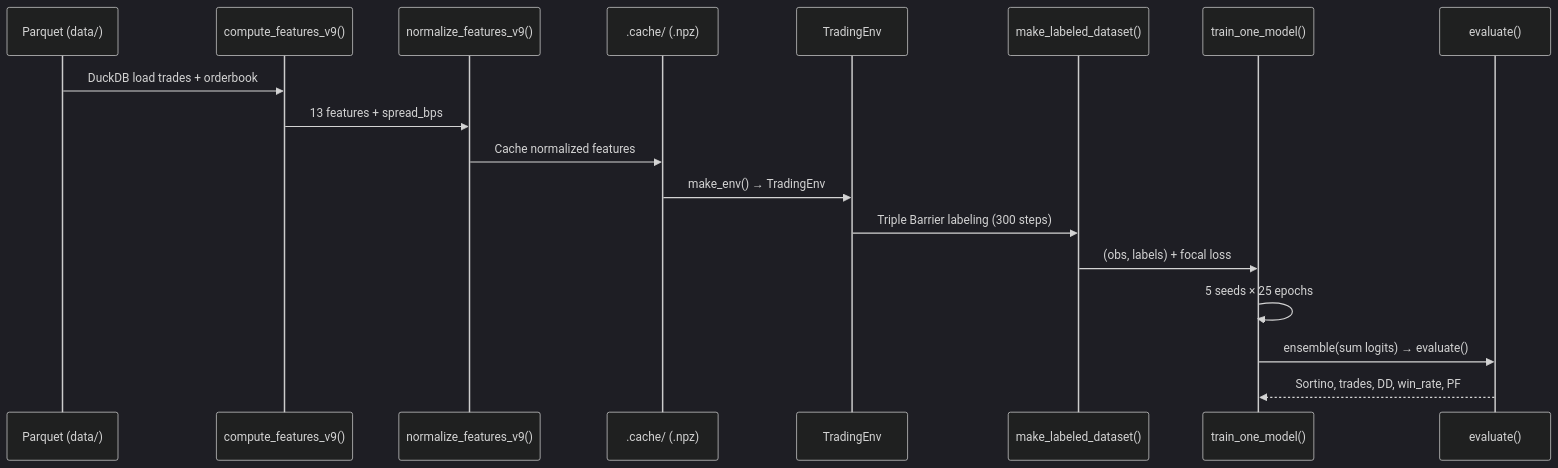
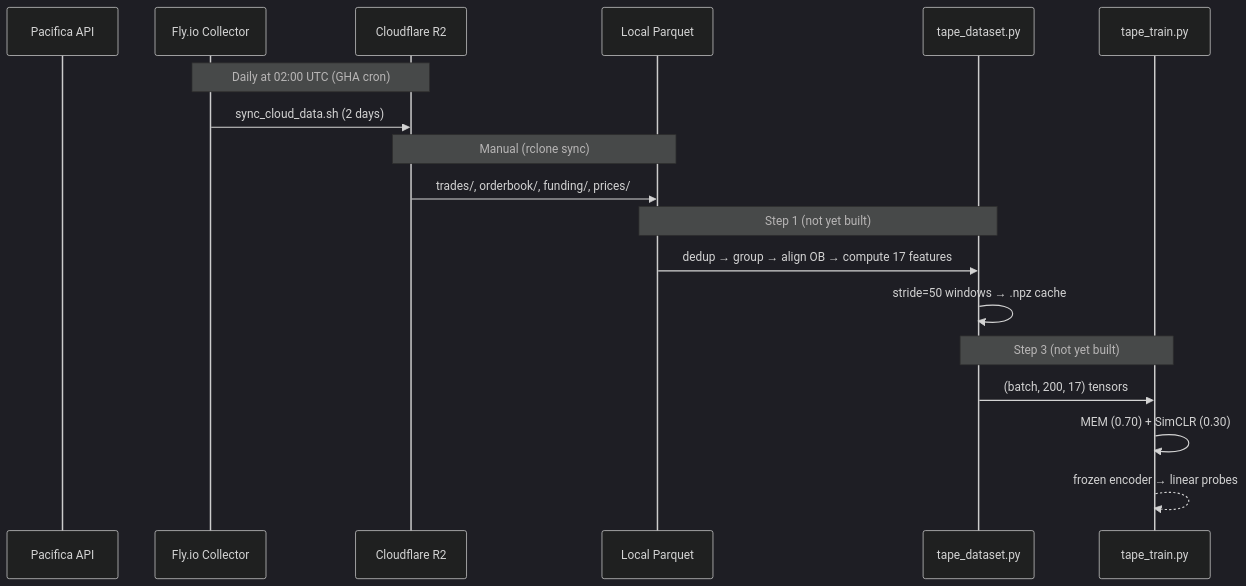
Before and after one commit to autoresearch-trading/autoresearch-trading: the second of 2 diagrams in docs/CODEBASE_MAP.md, drawn with Mermaid (dark theme). The commit also changed other lines of this file and 268 other files, not shown here.

````diff
--- a/docs/CODEBASE_MAP.md
+++ b/docs/CODEBASE_MAP.md
@@ -164,21 +197,24 @@
 ```mermaid
 sequenceDiagram
-    participant P as Parquet (data/)
-    participant F as compute_features_v9()
-    participant N as normalize_features_v9()
-    participant C as .cache/ (.npz)
-    participant E as TradingEnv
-    participant L as make_labeled_dataset()
-    participant T as train_one_model()
-    participant Ev as evaluate()
+    participant Pacifica as Pacifica API
+    participant Fly as Fly.io Collector
+    participant R2 as Cloudflare R2
+    participant Local as Local Parquet
+    participant Pipeline as tape_dataset.py
+    participant Model as tape_train.py
 
-    P->>F: DuckDB load trades + orderbook
-    F->>N: 13 features + spread_bps
-    N->>C: Cache normalized features
-    C->>E: make_env() → TradingEnv
-    E->>L: Triple Barrier labeling (300 steps)
-    L->>T: (obs, labels) + focal loss
-    T->>T: 5 seeds × 25 epochs
-    T->>Ev: ensemble(sum logits) → evaluate()
-    Ev-->>T: Sortino, trades, DD, win_rate, PF
+    Note over Fly,R2: Daily at 02:00 UTC (GHA cron)
+    Fly->>R2: sync_cloud_data.sh (2 days)
+
+    Note over R2,Local: Manual (rclone sync)
+    R2->>Local: trades/, orderbook/, funding/, prices/
+
+    Note over Local,Pipeline: Step 1 (not yet built)
+    Local->>Pipeline: dedup → group → align OB → compute 17 features
+    Pipeline->>Pipeline: stride=50 windows → .npz cache
+
+    Note over Pipeline,Model: Step 3 (not yet built)
+    Pipeline->>Model: (batch, 200, 17) tensors
+    Model->>Model: MEM (0.70) + SimCLR (0.30)
+    Model-->>Model: frozen encoder → linear probes
 ```
````
